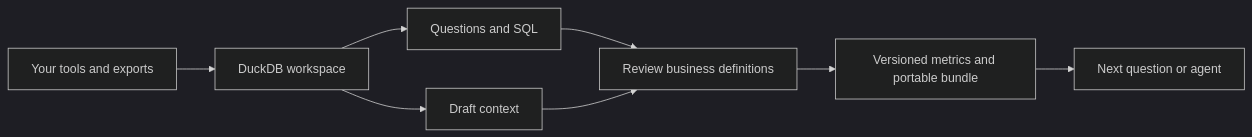
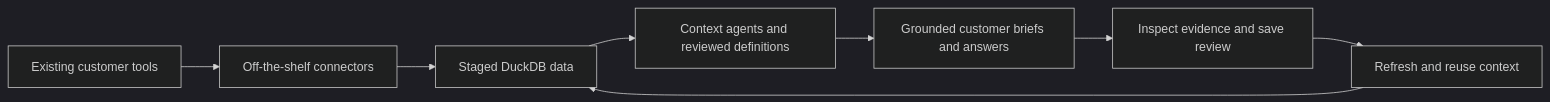
The diagram in README.md (anirudhagarwal-atlan/oriel), drawn with Mermaid (dark theme) before and after one commit. The commit also changed other lines of this file and 181 other files, not shown here.

Commit message:
Build Customer 360 workflow with reviewed context and acceptance gates

````diff
--- a/README.md
+++ b/README.md
@@ -76,10 +48,10 @@
 ```mermaid
 flowchart LR
-    A[Your tools and exports] --> B[DuckDB workspace]
-    B --> C[Questions and SQL]
-    B --> D[Draft context]
-    C --> E[Review business definitions]
-    D --> E
-    E --> F[Versioned metrics and portable bundle]
-    F --> G[Next question or agent]
+    A[Existing customer tools] --> B[Off-the-shelf connectors]
+    B --> C[Staged DuckDB data]
+    C --> D[Context agents and reviewed definitions]
+    D --> E[Grounded customer briefs and answers]
+    E --> F[Inspect evidence and save review]
+    F --> G[Refresh and reuse context]
+    G --> C
 ```
````
